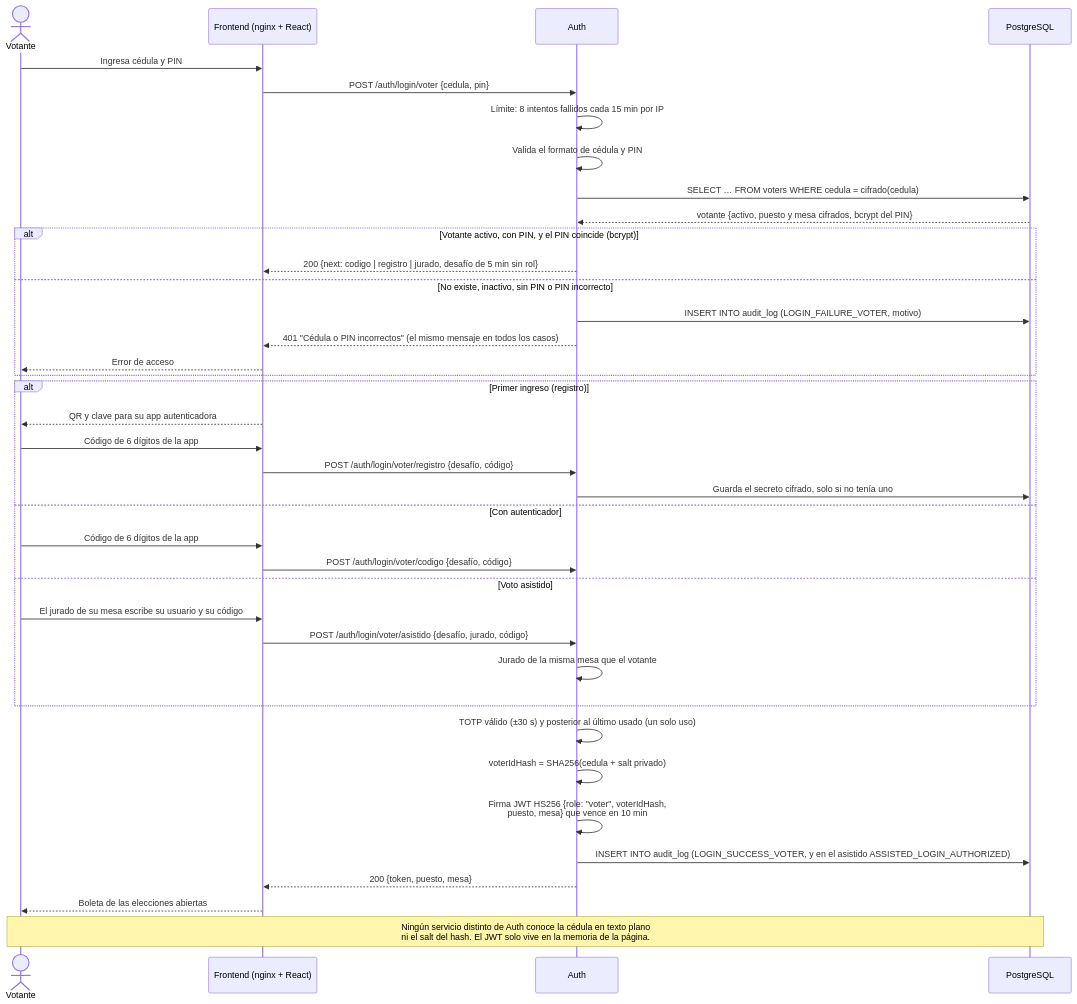
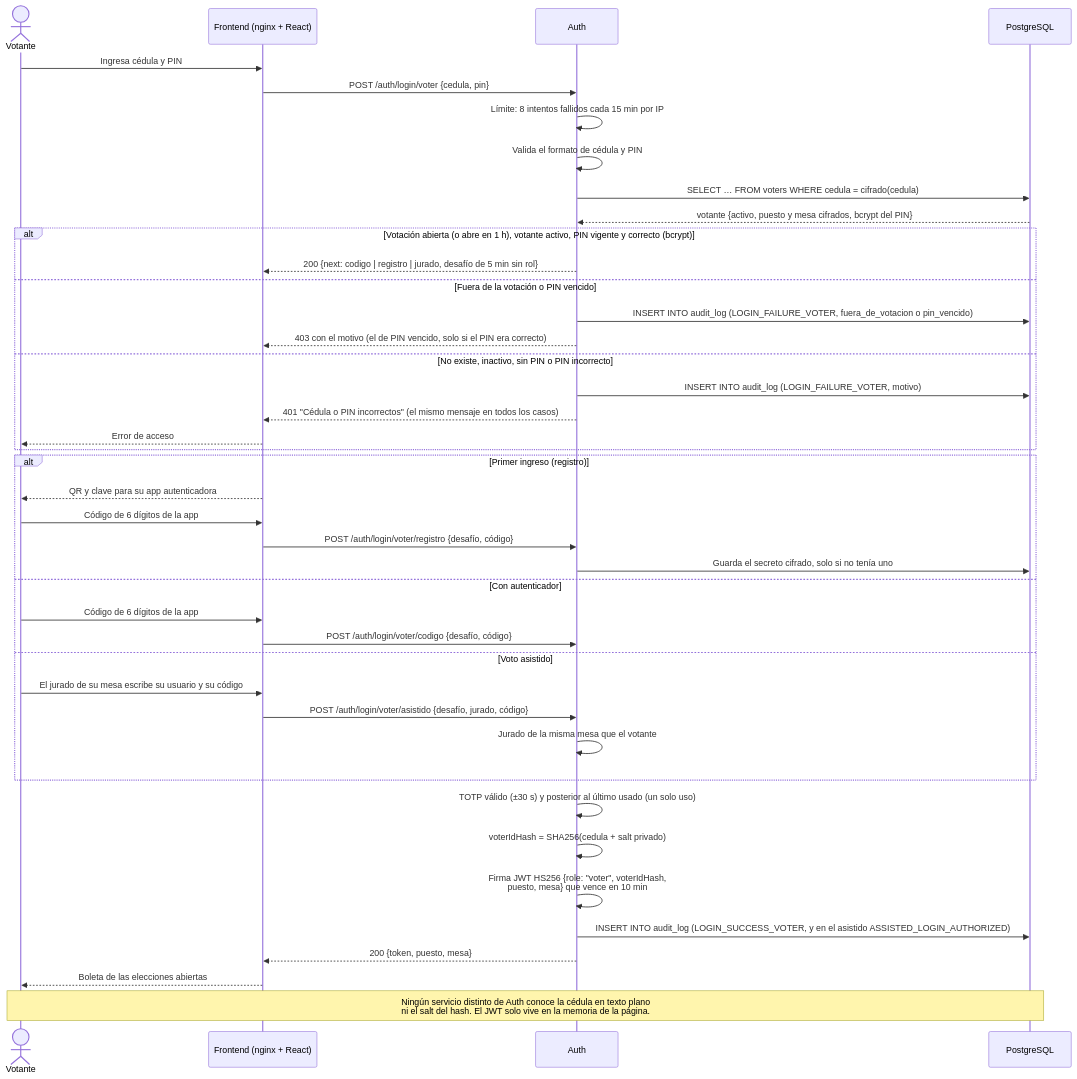
One commit to NicolasPineda1421/LiveMetric changed the third of 5 diagrams in docs/manual-arquitectura.md. Above: the diagram before and after it, drawn with Mermaid. The commit also changed other lines of this file and 30 other files, not shown here.

First line of the commit message:
El PIN del votante vence, y solo sirve durante la votacion

````diff
--- a/docs/manual-arquitectura.md
+++ b/docs/manual-arquitectura.md
@@ -204,44 +204,47 @@
 ```mermaid
 sequenceDiagram
     actor Votante
     participant FE as Frontend (nginx + React)
     participant AUTH as Auth
     participant DB as PostgreSQL
 
     Votante->>FE: Ingresa cédula y PIN
     FE->>AUTH: POST /auth/login/voter {cedula, pin}
     AUTH->>AUTH: Límite: 8 intentos fallidos cada 15 min por IP
     AUTH->>AUTH: Valida el formato de cédula y PIN
     AUTH->>DB: SELECT … FROM voters WHERE cedula = cifrado(cedula)
     DB-->>AUTH: votante {activo, puesto y mesa cifrados, bcrypt del PIN}
 
-    alt Votante activo, con PIN, y el PIN coincide (bcrypt)
+    alt Votación abierta (o abre en 1 h), votante activo, PIN vigente y correcto (bcrypt)
         AUTH-->>FE: 200 {next: codigo | registro | jurado, desafío de 5 min sin rol}
+    else Fuera de la votación o PIN vencido
+        AUTH->>DB: INSERT INTO audit_log (LOGIN_FAILURE_VOTER, fuera_de_votacion o pin_vencido)
+        AUTH-->>FE: 403 con el motivo (el de PIN vencido, solo si el PIN era correcto)
     else No existe, inactivo, sin PIN o PIN incorrecto
         AUTH->>DB: INSERT INTO audit_log (LOGIN_FAILURE_VOTER, motivo)
         AUTH-->>FE: 401 "Cédula o PIN incorrectos" (el mismo mensaje en todos los casos)
         FE-->>Votante: Error de acceso
     end
 
     alt Primer ingreso (registro)
         FE-->>Votante: QR y clave para su app autenticadora
         Votante->>FE: Código de 6 dígitos de la app
         FE->>AUTH: POST /auth/login/voter/registro {desafío, código}
         AUTH->>DB: Guarda el secreto cifrado, solo si no tenía uno
     else Con autenticador
         Votante->>FE: Código de 6 dígitos de la app
         FE->>AUTH: POST /auth/login/voter/codigo {desafío, código}
     else Voto asistido
         Votante->>FE: El jurado de su mesa escribe su usuario y su código
         FE->>AUTH: POST /auth/login/voter/asistido {desafío, jurado, código}
         AUTH->>AUTH: Jurado de la misma mesa que el votante
     end
     AUTH->>AUTH: TOTP válido (±30 s) y posterior al último usado (un solo uso)
     AUTH->>AUTH: voterIdHash = SHA256(cedula + salt privado)
     AUTH->>AUTH: Firma JWT HS256 {role: "voter", voterIdHash,<br/>puesto, mesa} que vence en 10 min
     AUTH->>DB: INSERT INTO audit_log (LOGIN_SUCCESS_VOTER, y en el asistido ASSISTED_LOGIN_AUTHORIZED)
     AUTH-->>FE: 200 {token, puesto, mesa}
     FE-->>Votante: Boleta de las elecciones abiertas
 
     Note over Votante,DB: Ningún servicio distinto de Auth conoce la cédula en texto plano<br/>ni el salt del hash. El JWT solo vive en la memoria de la página.
 ```
````
